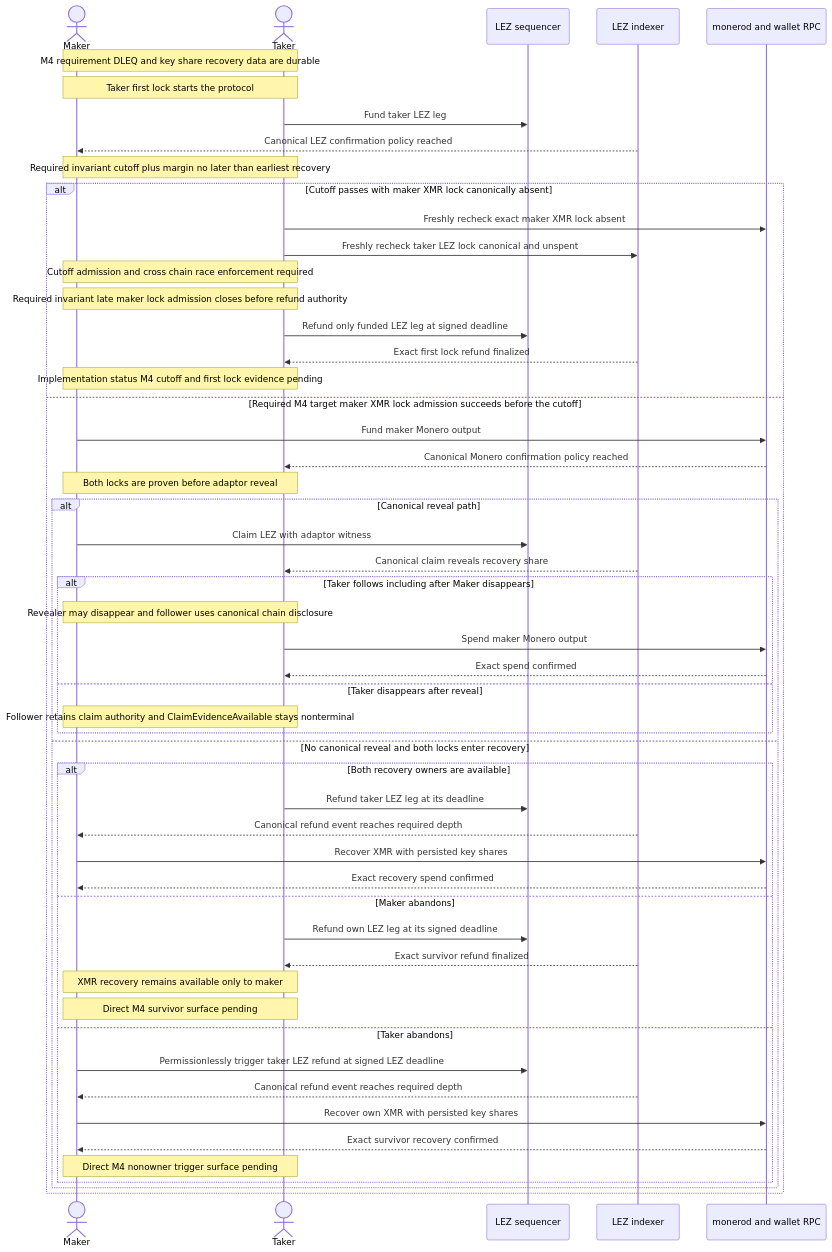
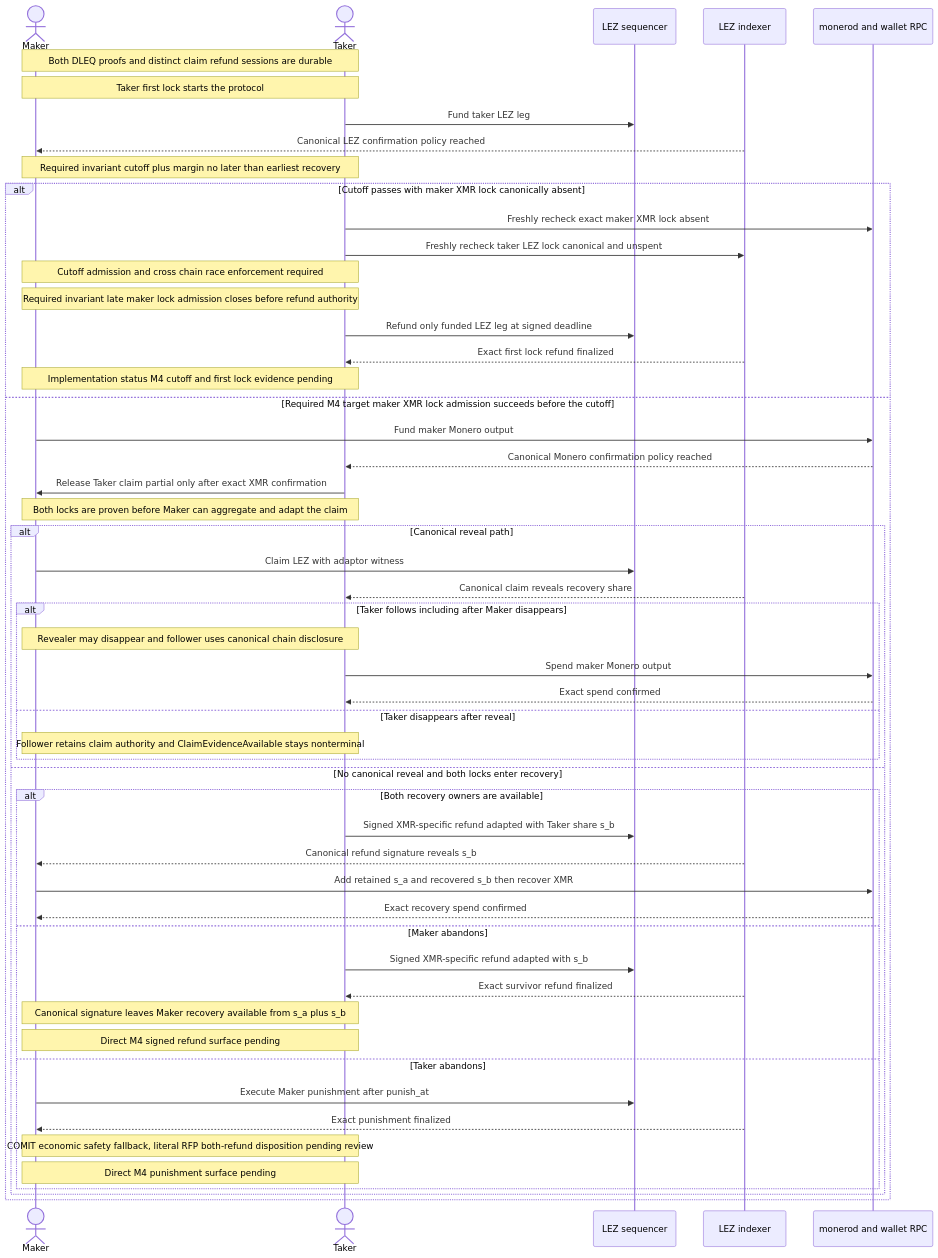
Diagram 20 of 25 in docs/architecture/system-architecture.md (gateway-fm/lez-atomic-swaps), drawn with Mermaid before and after one commit. The commit also changed other lines of this file and 17 other files, not shown here.

Commit message:
feat(m4): prove symmetric Monero share recovery

````diff
--- a/docs/architecture/system-architecture.md
+++ b/docs/architecture/system-architecture.md
@@ -2114,56 +2114,56 @@
 ```mermaid
 sequenceDiagram
     actor Maker
     actor Taker
     participant LezSeq as LEZ sequencer
     participant LezIdx as LEZ indexer
     participant Monero as monerod and wallet RPC
 
-    Note over Maker,Taker: M4 requirement DLEQ and key share recovery data are durable
+    Note over Maker,Taker: Both DLEQ proofs and distinct claim refund sessions are durable
     Note over Maker,Taker: Taker first lock starts the protocol
     Taker->>LezSeq: Fund taker LEZ leg
     LezIdx-->>Maker: Canonical LEZ confirmation policy reached
     Note over Maker,Taker: Required invariant cutoff plus margin no later than earliest recovery
     alt Cutoff passes with maker XMR lock canonically absent
         Taker->>Monero: Freshly recheck exact maker XMR lock absent
         Taker->>LezIdx: Freshly recheck taker LEZ lock canonical and unspent
         Note over Maker,Taker: Cutoff admission and cross chain race enforcement required
         Note over Maker,Taker: Required invariant late maker lock admission closes before refund authority
         Taker->>LezSeq: Refund only funded LEZ leg at signed deadline
         LezIdx-->>Taker: Exact first lock refund finalized
         Note over Maker,Taker: Implementation status M4 cutoff and first lock evidence pending
     else Required M4 target maker XMR lock admission succeeds before the cutoff
         Maker->>Monero: Fund maker Monero output
         Monero-->>Taker: Canonical Monero confirmation policy reached
-        Note over Maker,Taker: Both locks are proven before adaptor reveal
+        Taker->>Maker: Release Taker claim partial only after exact XMR confirmation
+        Note over Maker,Taker: Both locks are proven before Maker can aggregate and adapt the claim
         alt Canonical reveal path
             Maker->>LezSeq: Claim LEZ with adaptor witness
             LezIdx-->>Taker: Canonical claim reveals recovery share
             alt Taker follows including after Maker disappears
                 Note over Maker,Taker: Revealer may disappear and follower uses canonical chain disclosure
                 Taker->>Monero: Spend maker Monero output
                 Monero-->>Taker: Exact spend confirmed
             else Taker disappears after reveal
                 Note over Maker,Taker: Follower retains claim authority and ClaimEvidenceAvailable stays nonterminal
             end
         else No canonical reveal and both locks enter recovery
             alt Both recovery owners are available
-                Taker->>LezSeq: Refund taker LEZ leg at its deadline
-                LezIdx-->>Maker: Canonical refund event reaches required depth
-                Maker->>Monero: Recover XMR with persisted key shares
+                Taker->>LezSeq: Signed XMR-specific refund adapted with Taker share s_b
+                LezIdx-->>Maker: Canonical refund signature reveals s_b
+                Maker->>Monero: Add retained s_a and recovered s_b then recover XMR
                 Monero-->>Maker: Exact recovery spend confirmed
             else Maker abandons
-                Taker->>LezSeq: Refund own LEZ leg at its signed deadline
+                Taker->>LezSeq: Signed XMR-specific refund adapted with s_b
                 LezIdx-->>Taker: Exact survivor refund finalized
-                Note over Maker,Taker: XMR recovery remains available only to maker
-                Note over Maker,Taker: Direct M4 survivor surface pending
+                Note over Maker,Taker: Canonical signature leaves Maker recovery available from s_a plus s_b
+                Note over Maker,Taker: Direct M4 signed refund surface pending
             else Taker abandons
-                Maker->>LezSeq: Permissionlessly trigger taker LEZ refund at signed LEZ deadline
-                LezIdx-->>Maker: Canonical refund event reaches required depth
-                Maker->>Monero: Recover own XMR with persisted key shares
-                Monero-->>Maker: Exact survivor recovery confirmed
-                Note over Maker,Taker: Direct M4 nonowner trigger surface pending
+                Maker->>LezSeq: Execute Maker punishment after punish_at
+                LezIdx-->>Maker: Exact punishment finalized
+                Note over Maker,Taker: COMIT economic safety fallback, literal RFP both-refund disposition pending review
+                Note over Maker,Taker: Direct M4 punishment surface pending
             end
         end
     end
 ```
````
